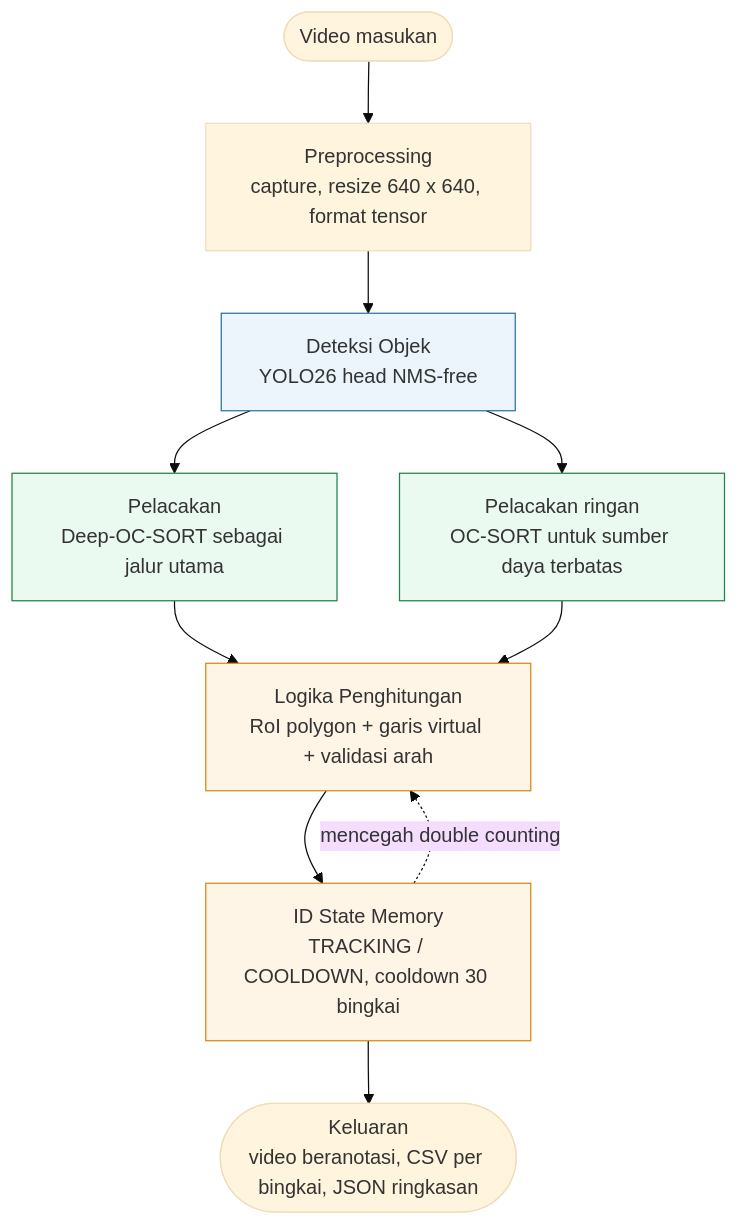
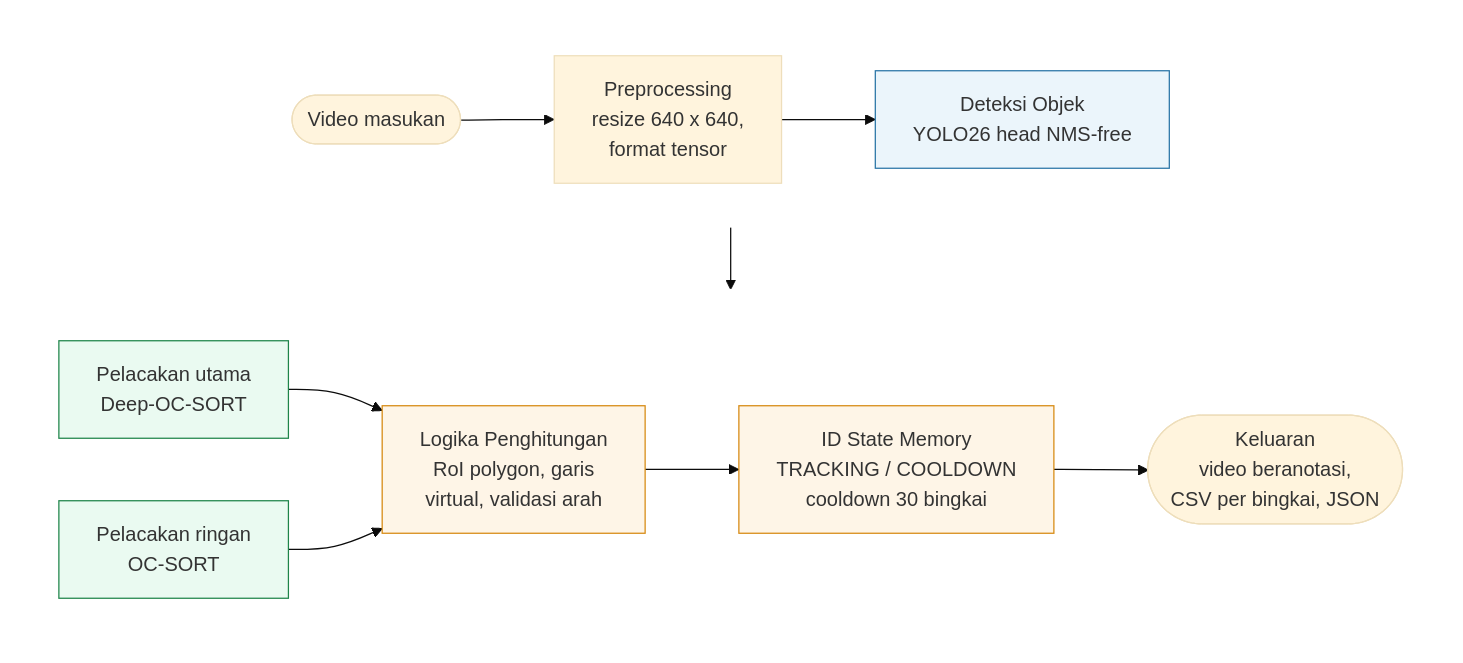
One commit to feb027/hibah-riset changed the first of 3 diagrams in docs/hki/hki-rancage.md. Above: the diagram before and after it, drawn with Mermaid (base theme). The commit also changed other lines of this file and 10 other files, not shown here.

First line of the commit message:
docs(hki): diagram landscape + gambar metode tracking dari paper referensi

````diff
--- a/docs/hki/hki-rancage.md
+++ b/docs/hki/hki-rancage.md
@@ -123,26 +123,24 @@
 ```mermaid
 flowchart TB
-    A0(["Video masukan"])
-    A1["Preprocessing<br/>capture, resize 640 x 640, format tensor"]
-    A2["Deteksi Objek<br/>YOLO26 head NMS-free"]
-    A3["Pelacakan<br/>Deep-OC-SORT sebagai jalur utama"]
-    A4["Pelacakan ringan<br/>OC-SORT untuk sumber daya terbatas"]
-    A5["Logika Penghitungan<br/>RoI polygon + garis virtual + validasi arah"]
-    A6["ID State Memory<br/>TRACKING / COOLDOWN, cooldown 30 bingkai"]
-    A7(["Keluaran<br/>video beranotasi, CSV per bingkai, JSON ringkasan"])
+    subgraph R1[" "]
+        direction LR
+        A0(["Video masukan"]) --> A1["Preprocessing<br/>resize 640 x 640,<br/>format tensor"] --> A2["Deteksi Objek<br/>YOLO26 head NMS-free"]
+    end
+    subgraph R2[" "]
+        direction LR
+        A3["Pelacakan utama<br/>Deep-OC-SORT"] --> A5["Logika Penghitungan<br/>RoI polygon, garis<br/>virtual, validasi arah"]
+        A4["Pelacakan ringan<br/>OC-SORT"] --> A5
+        A5 --> A6["ID State Memory<br/>TRACKING / COOLDOWN<br/>cooldown 30 bingkai"]
+        A6 --> A7(["Keluaran<br/>video beranotasi,<br/>CSV per bingkai, JSON"])
+    end
+    R1 --> R2
 
-    A0 --> A1 --> A2
-    A2 --> A3
-    A2 --> A4
-    A3 --> A5
-    A4 --> A5
-    A5 --> A6
-    A6 -.->|"mencegah double counting"| A5
-    A6 --> A7
-
-    style A2 fill:#ebf5fb,stroke:#2874a6
-    style A3 fill:#eafaf1,stroke:#1e8449
-    style A4 fill:#eafaf1,stroke:#1e8449
-    style A5 fill:#fef5e7,stroke:#d68910
-    style A6 fill:#fef5e7,stroke:#d68910
+    classDef deteksi fill:#ebf5fb,stroke:#2874a6
+    classDef lacak fill:#eafaf1,stroke:#1e8449
+    classDef hitung fill:#fef5e7,stroke:#d68910
+    class A2 deteksi
+    class A3,A4 lacak
+    class A5,A6 hitung
+    style R1 fill:#ffffff,stroke:#ffffff
+    style R2 fill:#ffffff,stroke:#ffffff
 ```
````
